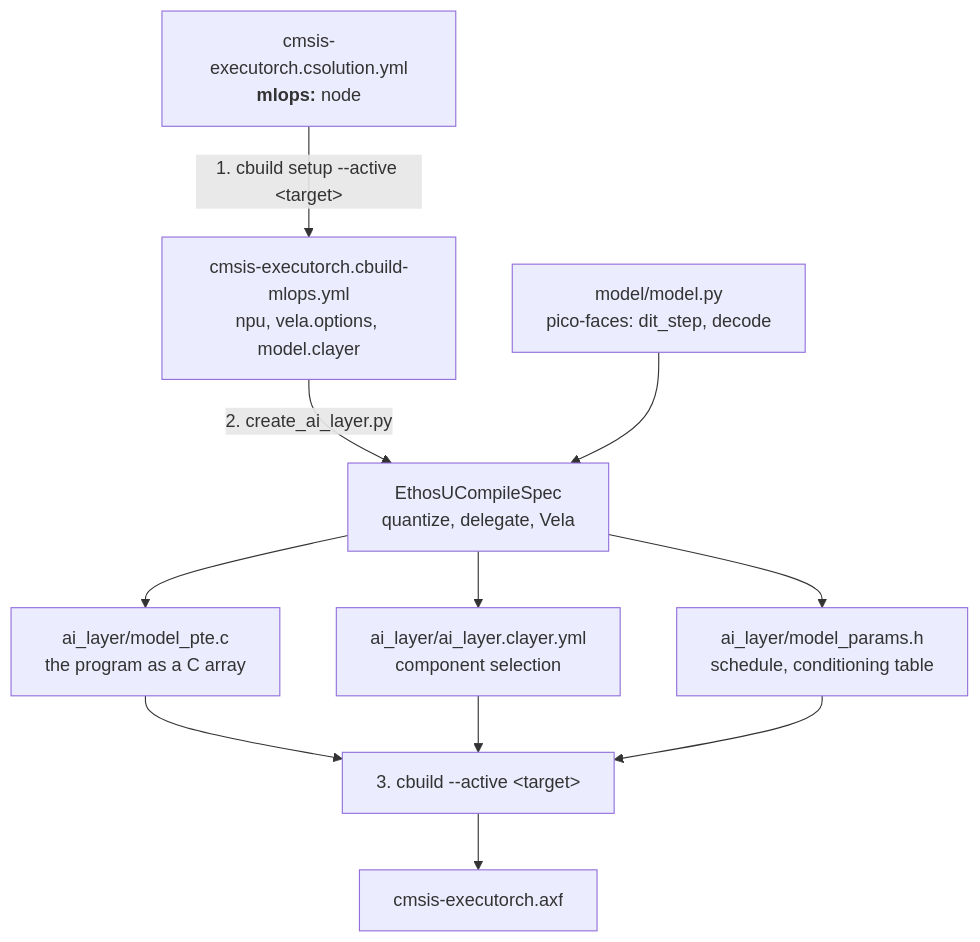
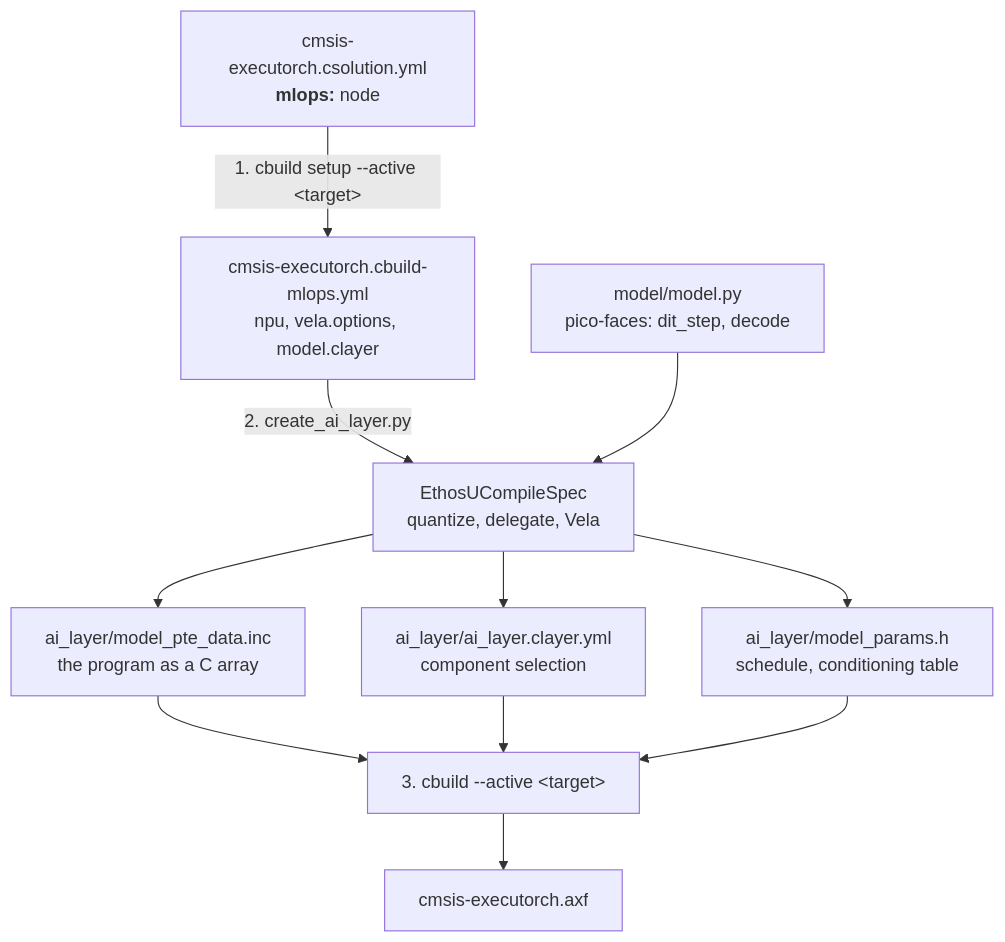
The diagram in documentation/mlops-flow.md (Arm-Examples/CMSIS-Executorch), drawn with Mermaid before and after one commit. The commit also changed other lines of this file and 6 other files, not shown here.

First line of the commit message:
Commit model_pte.c and generate only the array rows

````diff
--- a/documentation/mlops-flow.md
+++ b/documentation/mlops-flow.md
@@ -9,13 +9,13 @@
 ```mermaid
 flowchart TD
     A["cmsis-executorch.csolution.yml<br/><b>mlops:</b> node"] -->|"1. cbuild setup --active &lt;target&gt;"| B["cmsis-executorch.cbuild-mlops.yml<br/>npu, vela.options, model.clayer"]
     B -->|"2. create_ai_layer.py"| C["EthosUCompileSpec<br/>quantize, delegate, Vela"]
     D["model/model.py<br/>pico-faces: dit_step, decode"] --> C
-    C --> E["ai_layer/model_pte.c<br/>the program as a C array"]
+    C --> E["ai_layer/model_pte_data.inc<br/>the program as a C array"]
     C --> F["ai_layer/ai_layer.clayer.yml<br/>component selection"]
     C --> P["ai_layer/model_params.h<br/>schedule, conditioning table"]
     E --> G["3. cbuild --active &lt;target&gt;"]
     F --> G
     P --> G
     G --> H["cmsis-executorch.axf"]
 ```
````
